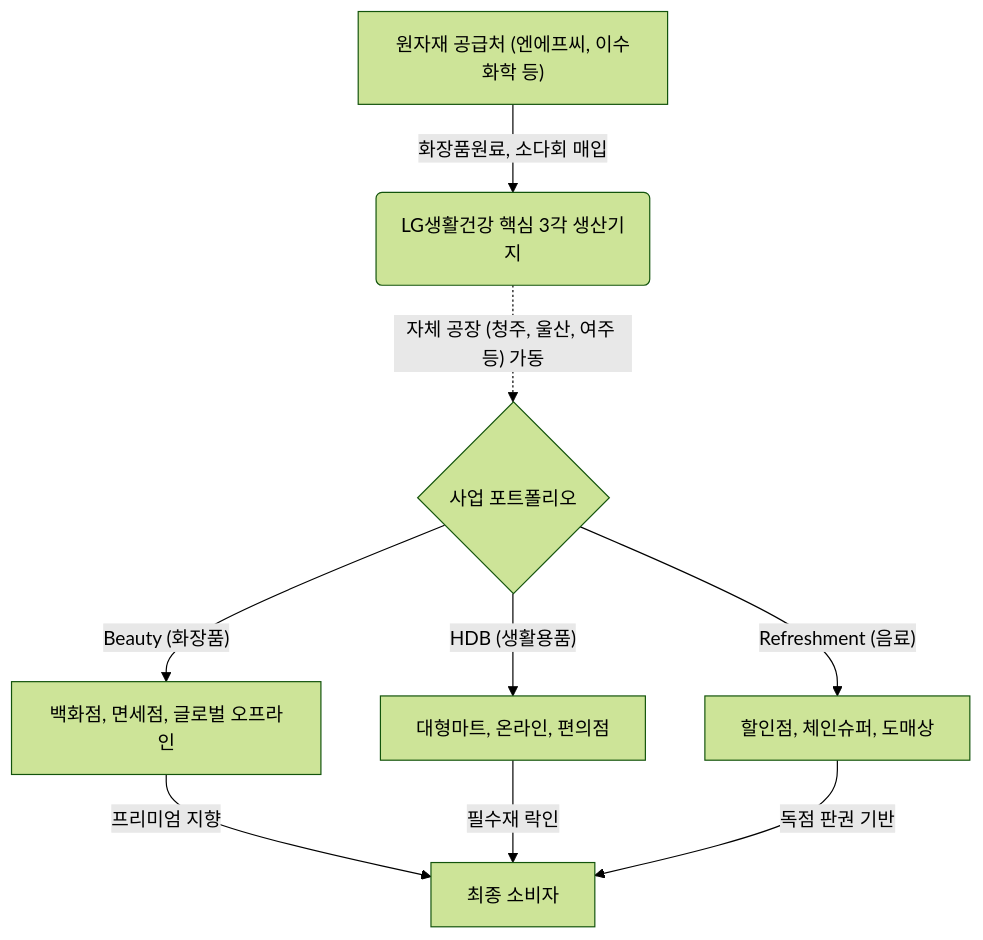
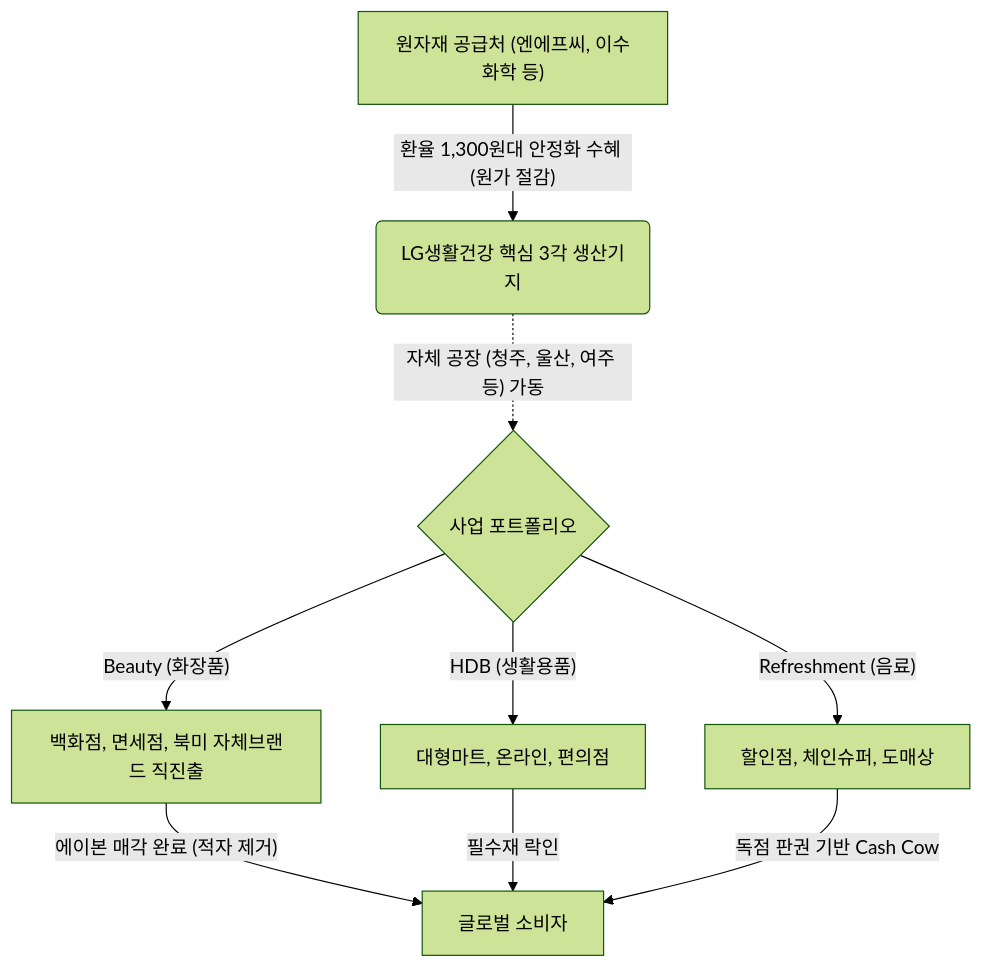
The diagram in Stock_Research/LG생활건강/3_Final_Reports/Phase1_Report.md (eve830521-cmd/my-skill), drawn with Mermaid (forest theme) before and after one commit. The commit also changed other lines of this file and 127 other files, not shown here.

````diff
--- a/Stock_Research/LG생활건강/3_Final_Reports/Phase1_Report.md
+++ b/Stock_Research/LG생활건강/3_Final_Reports/Phase1_Report.md
@@ -11,11 +18,11 @@
 ```mermaid
 graph TD
-    A["원자재 공급처 (엔에프씨, 이수화학 등)"] -->|"화장품원료, 소다회 매입"| B("LG생활건강 핵심 3각 생산기지")
+    A["원자재 공급처 (엔에프씨, 이수화학 등)"] -->|"환율 1,300원대 안정화 수혜 (원가 절감)"| B("LG생활건강 핵심 3각 생산기지")
     B -. "자체 공장 (청주, 울산, 여주 등) 가동" .-> C{"사업 포트폴리오"}
-    C -->|"Beauty (화장품)"| D["백화점, 면세점, 글로벌 오프라인"]
+    C -->|"Beauty (화장품)"| D["백화점, 면세점, 북미 자체브랜드 직진출"]
     C -->|"HDB (생활용품)"| E["대형마트, 온라인, 편의점"]
     C -->|"Refreshment (음료)"| F["할인점, 체인슈퍼, 도매상"]
-    D -->|"프리미엄 지향"| G["최종 소비자"]
+    D -->|"에이본 매각 완료 (적자 제거)"| G["글로벌 소비자"]
     E -->|"필수재 락인"| G
-    F -->|"독점 판권 기반"| G
+    F -->|"독점 판권 기반 Cash Cow"| G
 ```
````
